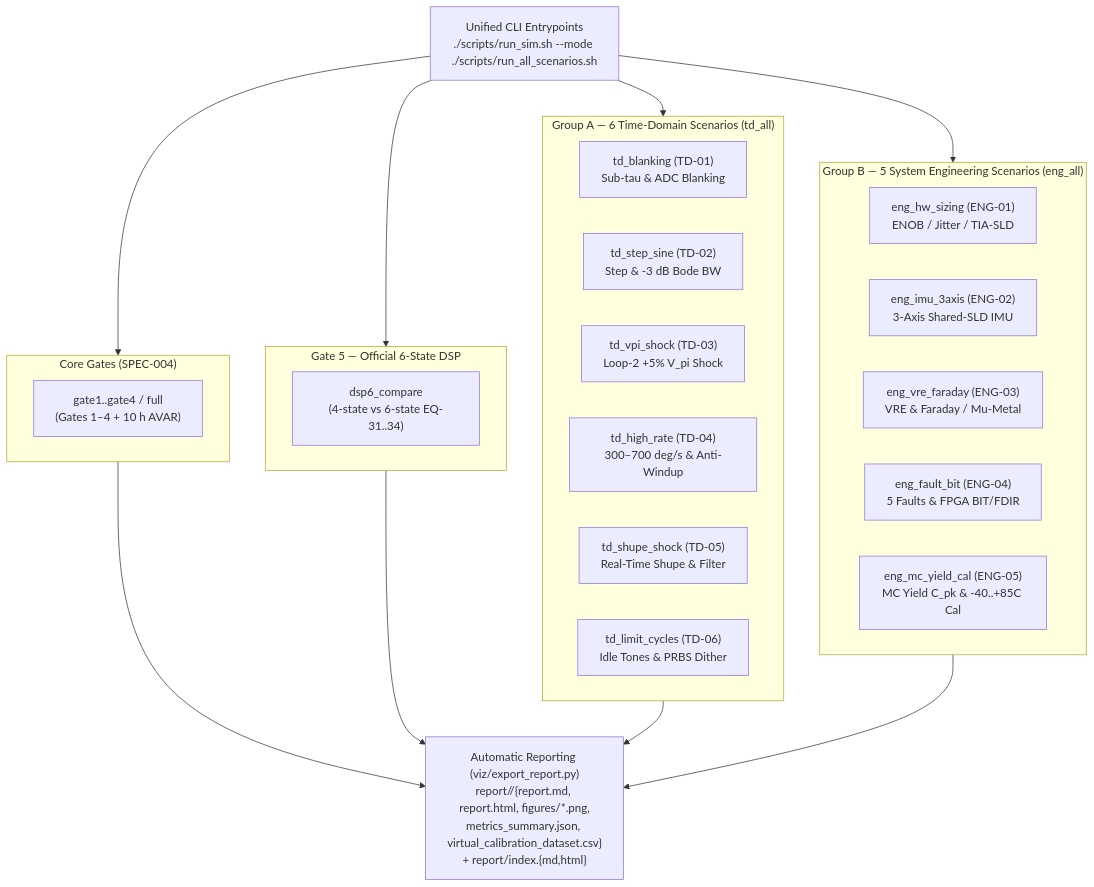
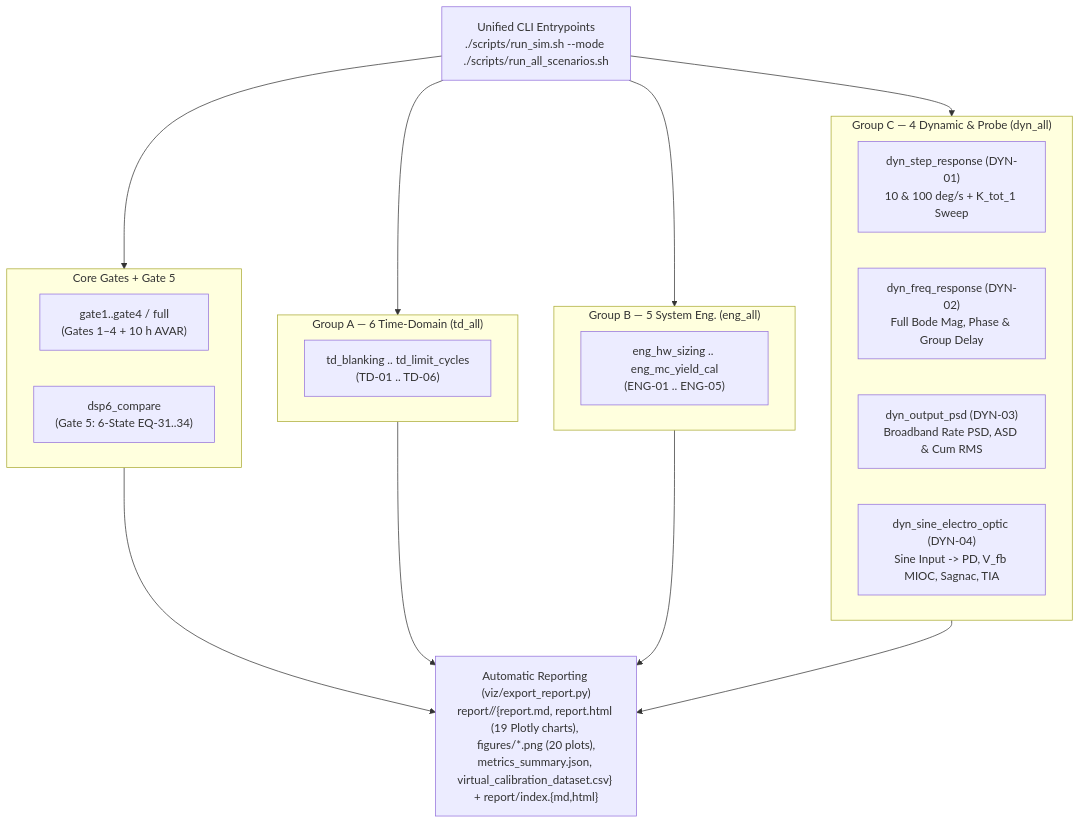
One commit to Duy-Huan/ifog-vproto changed the diagram in docs/IFOG_SIMULATION_SCENARIOS.md. Above: the diagram before and after it, drawn with Mermaid. The commit also changed other lines of this file and 41 other files, not shown here.

Commit message:
feat(v2.2.0): add Group C dynamic step/Bode/PSD & sinusoidal electro-optic probe scenarios (DYN-01..DYN-04) and refresh full 20-scenario example

````diff
--- a/docs/IFOG_SIMULATION_SCENARIOS.md
+++ b/docs/IFOG_SIMULATION_SCENARIOS.md
@@ -33,39 +35,34 @@
 ```mermaid
 flowchart TB
     CLI["Unified CLI Entrypoints\n./scripts/run_sim.sh --mode <mode>\n./scripts/run_all_scenarios.sh"]
 
-    subgraph CORE["Core Gates (SPEC-004)"]
+    subgraph CORE["Core Gates + Gate 5"]
         G1["gate1..gate4 / full\n(Gates 1–4 + 10 h AVAR)"]
+        DSP6["dsp6_compare\n(Gate 5: 6-State EQ-31..34)"]
     end
 
-    subgraph G5["Gate 5 — Official 6-State DSP"]
-        DSP6["dsp6_compare\n(4-state vs 6-state EQ-31..34)"]
+    subgraph TDG["Group A — 6 Time-Domain (td_all)"]
+        TD1["td_blanking .. td_limit_cycles\n(TD-01 .. TD-06)"]
     end
 
-    subgraph TDG["Group A — 6 Time-Domain Scenarios (td_all)"]
-        TD1["td_blanking (TD-01)\nSub-tau & ADC Blanking"]
-        TD2["td_step_sine (TD-02)\nStep & -3 dB Bode BW"]
-        TD3["td_vpi_shock (TD-03)\nLoop-2 +5% V_pi Shock"]
-        TD4["td_high_rate (TD-04)\n300–700 deg/s & Anti-Windup"]
-        TD5["td_shupe_shock (TD-05)\nReal-Time Shupe & Filter"]
-        TD6["td_limit_cycles (TD-06)\nIdle Tones & PRBS Dither"]
+    subgraph ENGG["Group B — 5 System Eng. (eng_all)"]
+        E1["eng_hw_sizing .. eng_mc_yield_cal\n(ENG-01 .. ENG-05)"]
     end
 
-    subgraph ENGG["Group B — 5 System Engineering Scenarios (eng_all)"]
-        E1["eng_hw_sizing (ENG-01)\nENOB / Jitter / TIA-SLD"]
-        E2["eng_imu_3axis (ENG-02)\n3-Axis Shared-SLD IMU"]
-        E3["eng_vre_faraday (ENG-03)\nVRE & Faraday / Mu-Metal"]
-        E4["eng_fault_bit (ENG-04)\n5 Faults & FPGA BIT/FDIR"]
-        E5["eng_mc_yield_cal (ENG-05)\nMC Yield C_pk & -40..+85C Cal"]
+    subgraph DYNG["Group C — 4 Dynamic & Probe (dyn_all)"]
+        D1["dyn_step_response (DYN-01)\n10 & 100 deg/s + K_tot_1 Sweep"]
+        D2["dyn_freq_response (DYN-02)\nFull Bode Mag, Phase & Group Delay"]
+        D3["dyn_output_psd (DYN-03)\nBroadband Rate PSD, ASD & Cum RMS"]
+        D4["dyn_sine_electro_optic (DYN-04)\nSine Input -> PD, V_fb MIOC, Sagnac, TIA"]
     end
 
     CLI --> CORE
-    CLI --> G5
     CLI --> TDG
     CLI --> ENGG
+    CLI --> DYNG
 
-    CORE --> RPT["Automatic Reporting (viz/export_report.py)\nreport/<run_id>/{report.md, report.html, figures/*.png,\nmetrics_summary.json, virtual_calibration_dataset.csv}\n+ report/index.{md,html}"]
-    G5 --> RPT
+    CORE --> RPT["Automatic Reporting (viz/export_report.py)\nreport/<run_id>/{report.md, report.html (19 Plotly charts), figures/*.png (20 plots),\nmetrics_summary.json, virtual_calibration_dataset.csv} + report/index.{md,html}"]
     TDG --> RPT
     ENGG --> RPT
+    DYNG --> RPT
 ```
````
